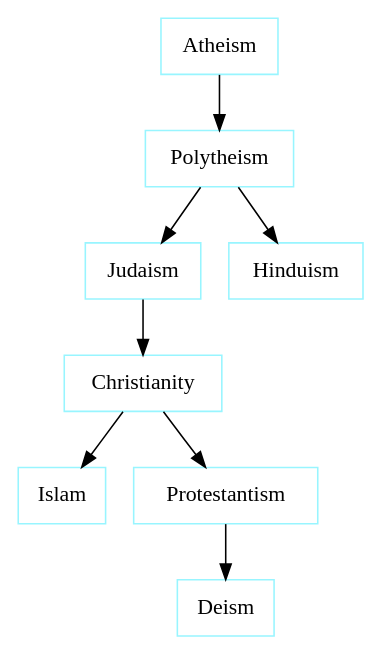
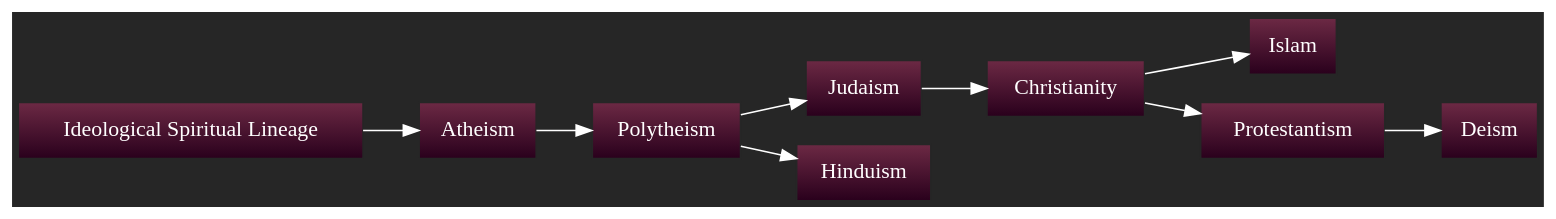
Before and after one commit to julianfl0w/Deism: the diagram in graphs/Ideological_Spiritual_Lineage.dot, drawn with Graphviz. The commit also changed 19 other files, not shown here.

```diff
--- a/graphs/Ideological_Spiritual_Lineage.dot
+++ b/graphs/Ideological_Spiritual_Lineage.dot
@@ -1,17 +1,25 @@
 digraph D {
-"Atheism" [shape=box, color = cadetblue1]
-"Polytheism" [shape=box, color = cadetblue1]
-"Judaism" [shape=box, color = cadetblue1]
-"Christianity" [shape=box, color = cadetblue1]
-"Islam" [shape=box, color = cadetblue1]
-"Christianity" -> "Islam" [penwidth=1]
-"Protestantism" [shape=box, color = cadetblue1]
-"Deism" [shape=box, color = cadetblue1]
-"Protestantism" -> "Deism" [penwidth=1]
-"Christianity" -> "Protestantism" [penwidth=1]
-"Judaism" -> "Christianity" [penwidth=1]
-"Polytheism" -> "Judaism" [penwidth=1]
-"Hinduism" [shape=box, color = cadetblue1]
-"Polytheism" -> "Hinduism" [penwidth=1]
-"Atheism" -> "Polytheism" [penwidth=1]
+rankdir = LR
+style = filled
+color = lightgrey
+bgcolor = "#262626"
+fillcolor = "darkgray:gold"
+gradientangle = 0
+"Ideological Spiritual Lineage" [shape=box, color="#262626", fontcolor=white, fillcolor="#6C2944:#29001C", style=filled, gradientangle=270.05]
+"Atheism" [shape=box, color="#262626", fontcolor=white, fillcolor="#6C2944:#29001C", style=filled, gradientangle=270.05]
+"Ideological Spiritual Lineage" -> "Atheism" [color=white, penwidth=1]
+"Polytheism" [shape=box, color="#262626", fontcolor=white, fillcolor="#6C2944:#29001C", style=filled, gradientangle=270.05]
+"Atheism" -> "Polytheism" [color=white, penwidth=1]
+"Judaism" [shape=box, color="#262626", fontcolor=white, fillcolor="#6C2944:#29001C", style=filled, gradientangle=270.05]
+"Polytheism" -> "Judaism" [color=white, penwidth=1]
+"Christianity" [shape=box, color="#262626", fontcolor=white, fillcolor="#6C2944:#29001C", style=filled, gradientangle=270.05]
+"Judaism" -> "Christianity" [color=white, penwidth=1]
+"Islam" [shape=box, color="#262626", fontcolor=white, fillcolor="#6C2944:#29001C", style=filled, gradientangle=270.05]
+"Christianity" -> "Islam" [color=white, penwidth=1]
+"Protestantism" [shape=box, color="#262626", fontcolor=white, fillcolor="#6C2944:#29001C", style=filled, gradientangle=270.05]
+"Christianity" -> "Protestantism" [color=white, penwidth=1]
+"Deism" [shape=box, color="#262626", fontcolor=white, fillcolor="#6C2944:#29001C", style=filled, gradientangle=270.05]
+"Protestantism" -> "Deism" [color=white, penwidth=1]
+"Hinduism" [shape=box, color="#262626", fontcolor=white, fillcolor="#6C2944:#29001C", style=filled, gradientangle=270.05]
+"Polytheism" -> "Hinduism" [color=white, penwidth=1]
 }
```
